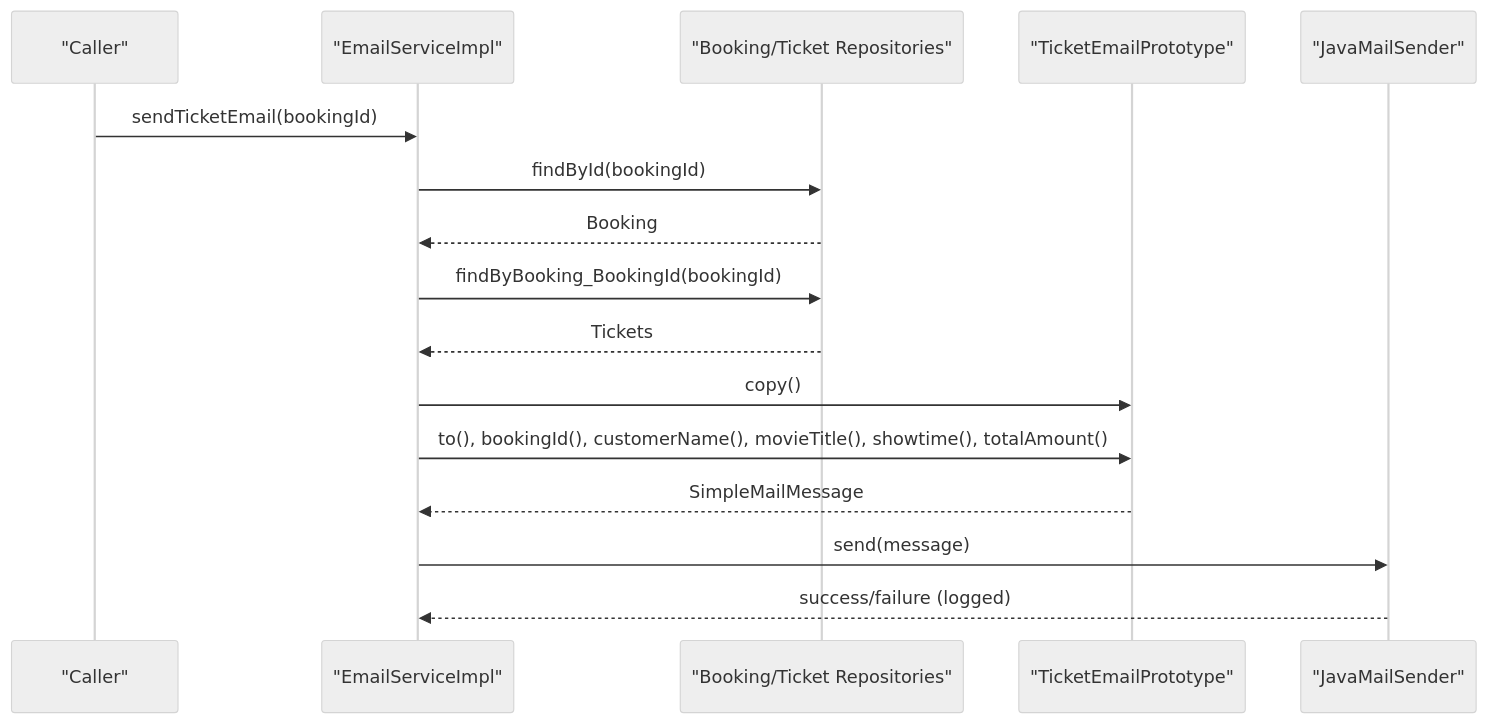
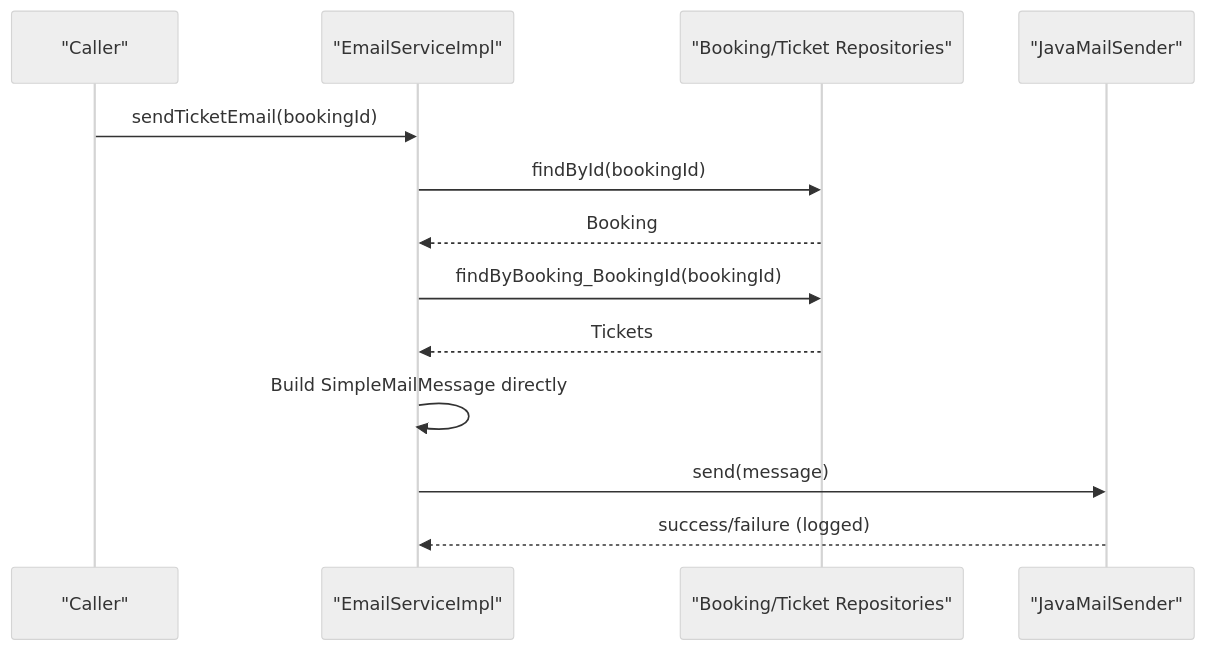
The third of 5 diagrams in .qoder/repowiki/en/content/Core Features Implementation/Email Notification System.md (anhtudayne/Design_Pattern), drawn with Mermaid (neutral theme) before and after one commit. The commit also changed other lines of this file and 10 other files, not shown here.

````diff
--- a/.qoder/repowiki/en/content/Core Features Implementation/Email Notification System.md
+++ b/.qoder/repowiki/en/content/Core Features Implementation/Email Notification System.md
@@ -210,18 +120,15 @@
 ```mermaid
 sequenceDiagram
 participant Caller as "Caller"
 participant Svc as "EmailServiceImpl"
 participant Repo as "Booking/Ticket Repositories"
-participant Proto as "TicketEmailPrototype"
 participant Mail as "JavaMailSender"
 Caller->>Svc : sendTicketEmail(bookingId)
 Svc->>Repo : findById(bookingId)
 Repo-->>Svc : Booking
 Svc->>Repo : findByBooking_BookingId(bookingId)
 Repo-->>Svc : Tickets
-Svc->>Proto : copy()
-Svc->>Proto : to(), bookingId(), customerName(), movieTitle(), showtime(), totalAmount()
-Proto-->>Svc : SimpleMailMessage
+Svc->>Svc : Build SimpleMailMessage directly
 Svc->>Mail : send(message)
 Mail-->>Svc : success/failure (logged)
 ```
````
